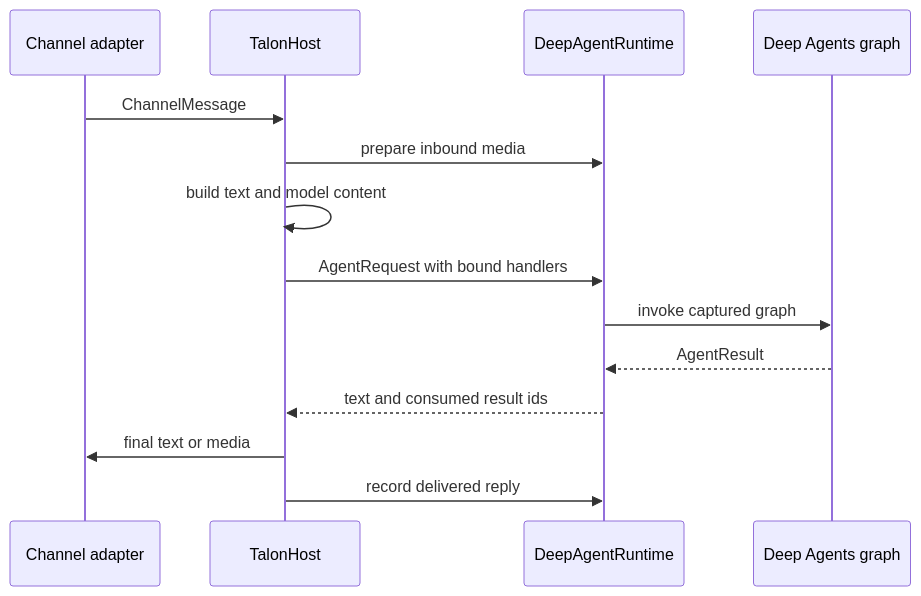
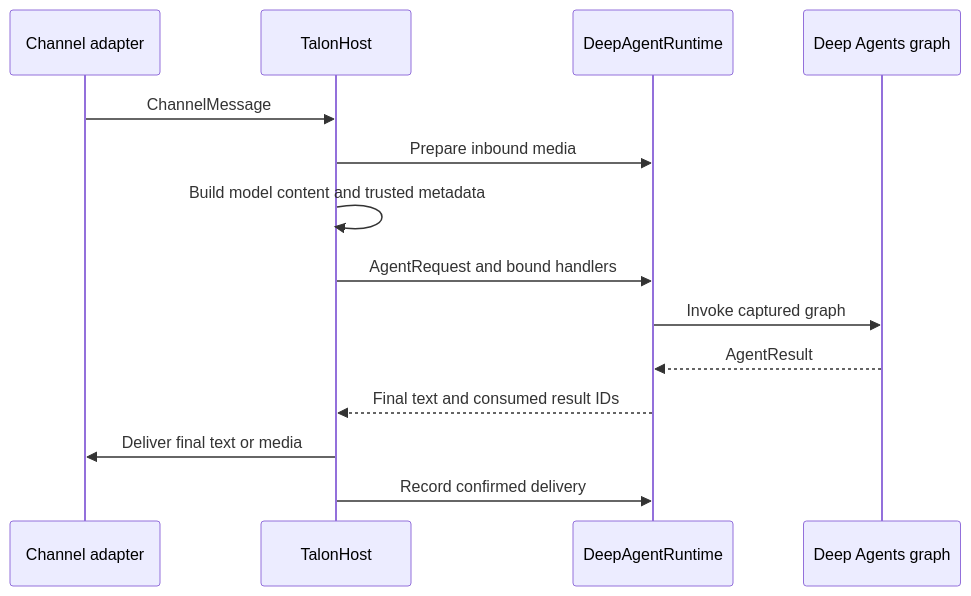
One commit to langchain-ai/deepagents changed the second of 2 diagrams in openwiki/integrations/talon.md. Above: the diagram before and after it, drawn with Mermaid. The commit also changed other lines of this file and 69 other files, not shown here.

````diff
--- a/openwiki/integrations/talon.md
+++ b/openwiki/integrations/talon.md
@@ -129,16 +97,16 @@
 ```mermaid
 sequenceDiagram
-    participant Channel as Channel adapter
+    participant Adapter as Channel adapter
     participant Host as TalonHost
     participant Runtime as DeepAgentRuntime
     participant Graph as Deep Agents graph
-    Channel->>Host: ChannelMessage
-    Host->>Runtime: prepare inbound media
-    Host->>Host: build text and model content
-    Host->>Runtime: AgentRequest with bound handlers
-    Runtime->>Graph: invoke captured graph
+    Adapter->>Host: ChannelMessage
+    Host->>Runtime: Prepare inbound media
+    Host->>Host: Build model content and trusted metadata
+    Host->>Runtime: AgentRequest and bound handlers
+    Runtime->>Graph: Invoke captured graph
     Graph-->>Runtime: AgentResult
-    Runtime-->>Host: text and consumed result ids
-    Host->>Channel: final text or media
-    Host->>Runtime: record delivered reply
+    Runtime-->>Host: Final text and consumed result IDs
+    Host->>Adapter: Deliver final text or media
+    Host->>Runtime: Record confirmed delivery
 ```
````
